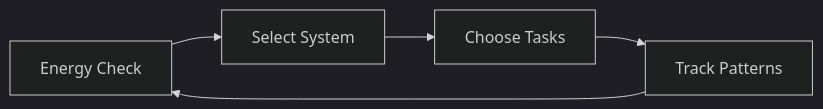
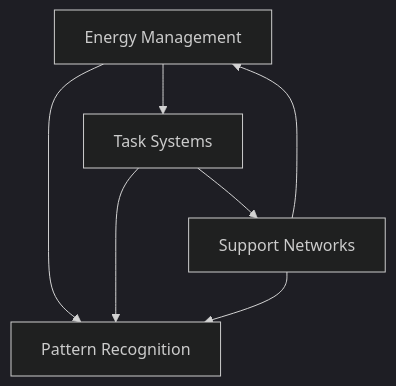
One commit to bahoerres/DIFFrnt changed the diagram in content/index.md. Above: the diagram before and after it, drawn with Mermaid (dark theme). The commit also changed other lines of this file, not shown here.

````diff
--- a/content/index.md
+++ b/content/index.md
@@ -48,7 +56,9 @@
 ```mermaid
-graph LR
-    A[Energy Check] --> B[Select System]
-    B --> C[Choose Tasks]
-    C --> D[Track Patterns]
-    D --> A
+graph TD
+    A[Energy Management] --> B[Task Systems]
+    B --> C[Support Networks]
+    C --> A
+    A --> D[Pattern Recognition]
+    B --> D
+    C --> D
 ```
````
